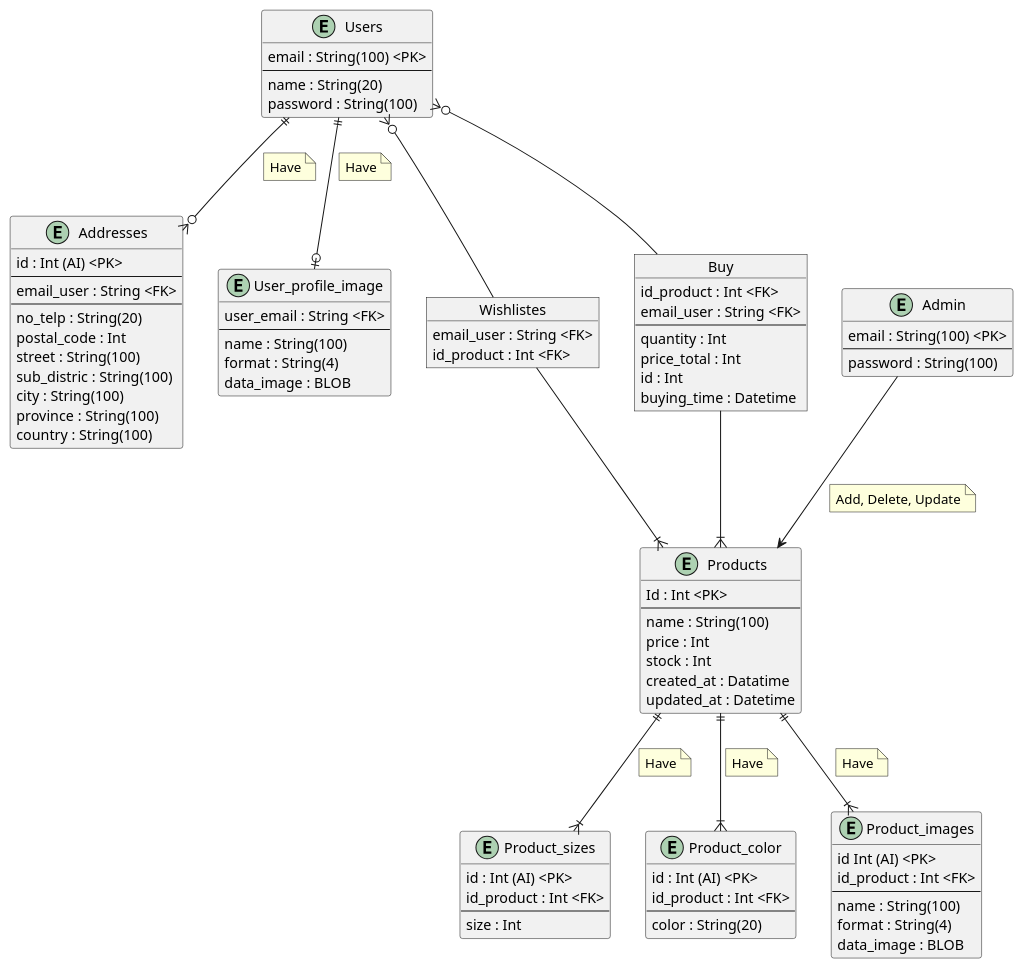
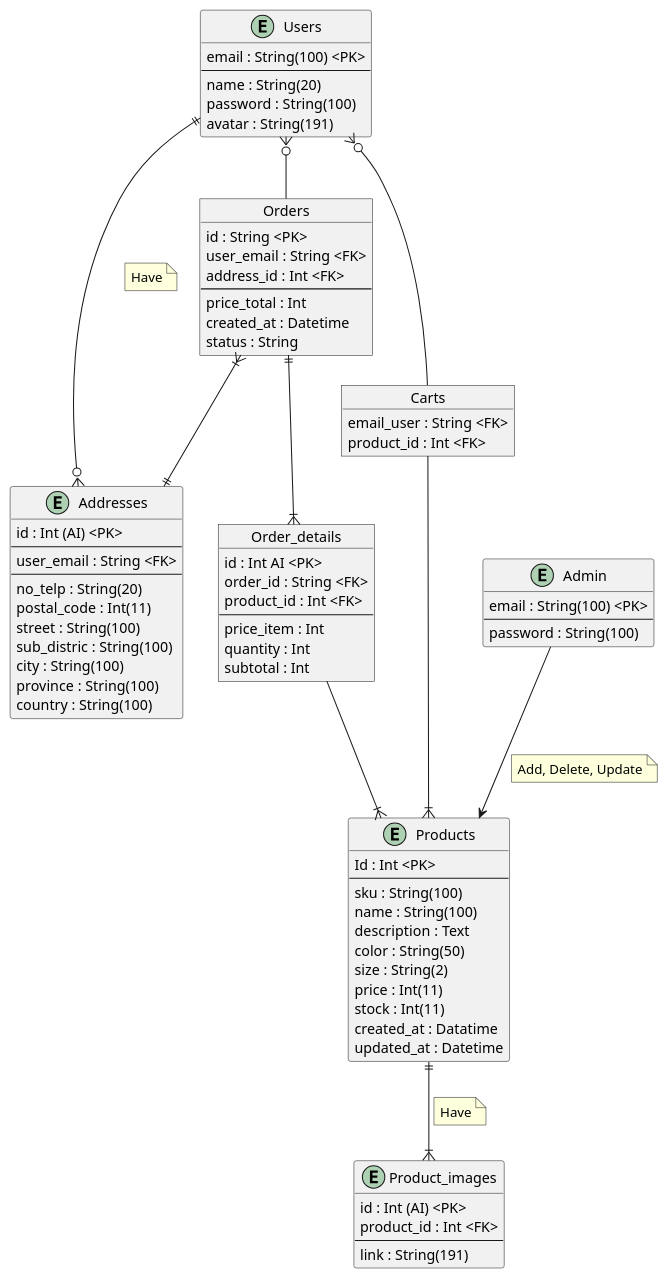
Before and after one commit to Angga-R/zxsneakers_api: the diagram in docs/erd.puml, drawn with PlantUML.

Commit message:
final update ERD

```diff
--- a/docs/erd.puml
+++ b/docs/erd.puml
@@ -1,113 +1,99 @@
 @startuml ZXSneakers
 entity Users {
  email : String(100) <PK>
  --
  name : String(20)
  password : String(100)
+ avatar : String(191)
 }
 
 entity Admin {
  email : String(100) <PK>
  --
  password : String(100)
 }
 
 entity Products {
  Id : Int <PK>
  --
+ sku : String(100)
  name : String(100)
- price : Int
- stock : Int
+ description : Text
+ color : String(50)
+ size : String(2)
+ price : Int(11)
+ stock : Int(11)
  created_at : Datatime
  updated_at : Datetime
 }
 
-entity Product_sizes {
+entity Product_images {
  id : Int (AI) <PK>
- id_product : Int <FK>
+ product_id : Int <FK>
  --
- size : Int
-}
-
-entity Product_color {
- id : Int (AI) <PK>
- id_product : Int <FK>
- --
- color : String(20)
-}
-
-entity Product_images {
- id Int (AI) <PK>
- id_product : Int <FK>
- --
- name : String(100)
- format : String(4)
- data_image : BLOB
+ link : String(191)
 }
 
 entity Addresses {
  id : Int (AI) <PK>
  --
- email_user : String <FK>
+ user_email : String <FK>
  --
  no_telp : String(20)
- postal_code : Int
+ postal_code : Int(11)
  street : String(100)
  sub_distric : String(100)
  city : String(100)
  province : String(100)
  country : String(100)
 }
 
-entity User_profile_image {
- user_email : String <FK>
- --
- name : String(100)
- format : String(4)
- data_image : BLOB
+object Carts {
+ email_user : String <FK>
+ product_id : Int <FK>
 }
 
-object Wishlistes {
- email_user : String <FK>
- id_product : Int <FK>
+object Orders {
+ id : String <PK>
+ user_email : String <FK>
+ address_id : Int <FK>
+ --
+ price_total : Int
+ created_at : Datetime
+ status : String
 }
 
-object Buy {
- id_product : Int <FK>
- email_user : String <FK>
+object Order_details {
+ id : Int AI <PK>
+ order_id : String <FK>
+ product_id : Int <FK>
  --
+ price_item : Int
  quantity : Int
- price_total : Int
- id : Int
- buying_time : Datetime
+ subtotal : Int
 }
 
 Users ||--o{ Addresses
 note on link
     Have
 end note
-Users ||--o| User_profile_image
-note on link
-    Have
-end note
-Products ||--|{ Product_sizes
-note on link
-    Have
-end note
-Products ||--|{ Product_color
-note on link
-    Have
-end note
+
 Products ||--|{ Product_images
 note on link
     Have
 end note
-Users }o-- Buy
-Buy --|{ Products
-Users }o-- Wishlistes
-Wishlistes --|{ Products
+
+Users }o-- Carts
+Carts --|{ Products
+
+Users }o-- Orders
+Orders }|--|| Addresses
+
+Order_details --|{ Products
+Orders ||--|{ Order_details
+
 Admin --> Products
 note on link
     Add, Delete, Update
 end note
 @enduml
```
